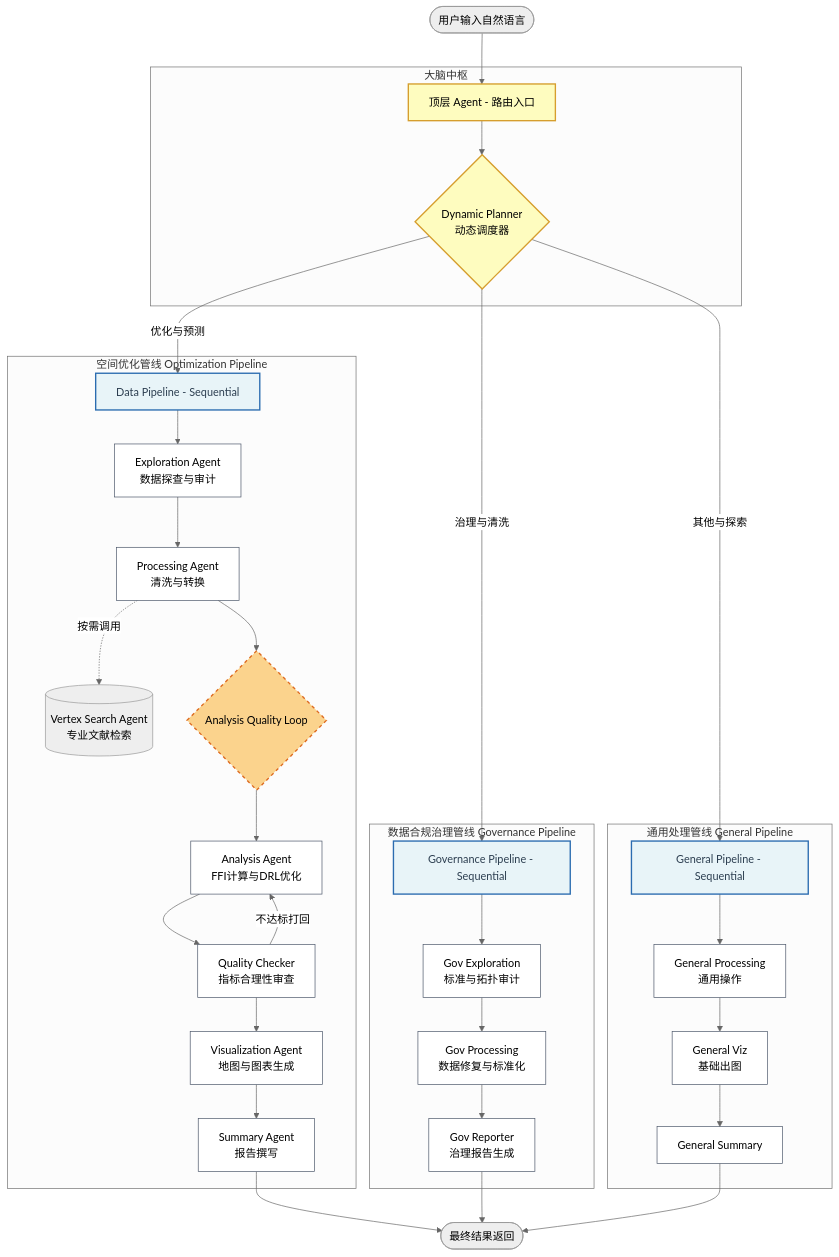
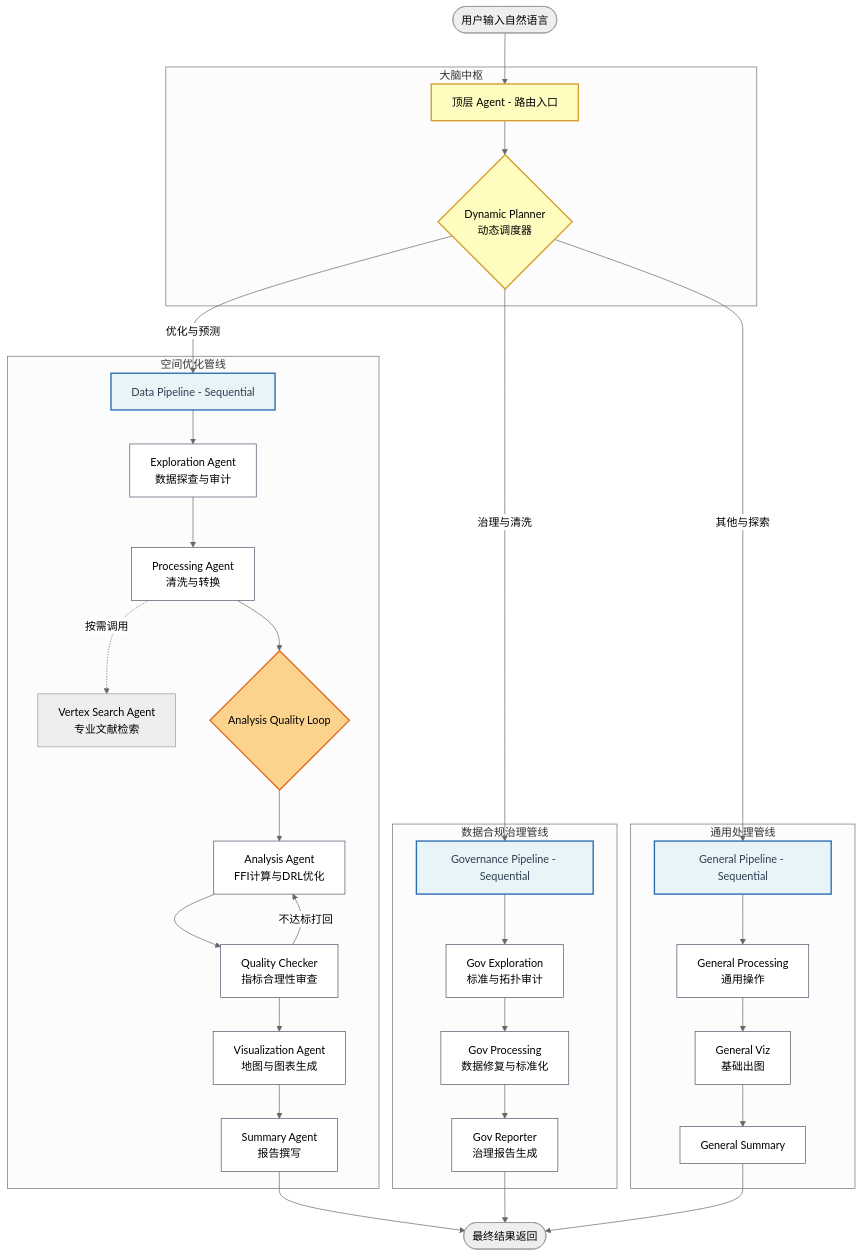
Before and after one commit to zhouning/gisdataagent: the diagram in README.md, drawn with Mermaid (neutral theme). The commit also changed 1 other file, not shown here.

Commit message:
fix(docs): fix mermaid rendering — use <br/> and quote edge labels
- Replace \n with <br/> for line breaks in node labels
- Quote all Chinese edge labels: --"text"-->
- Quote dotted edge labels: -."text".->
- Remove stroke-dasharray from classDef (unsupported)
- Replace cylindrical [("text")] with standard ["text"]

````diff
--- a/README.md
+++ b/README.md
@@ -62,64 +62,64 @@
 ```mermaid
 graph TD
     User(["用户输入自然语言"]) --> Root
 
     subgraph Brain ["大脑中枢"]
         Root["顶层 Agent - 路由入口"]
-        Planner{"Dynamic Planner\n动态调度器"}
+        Planner{"Dynamic Planner<br/>动态调度器"}
         Root --> Planner
     end
 
-    subgraph Opt ["空间优化管线 Optimization Pipeline"]
+    subgraph Opt ["空间优化管线"]
         Opt_Pipeline["Data Pipeline - Sequential"]
-        Exp1["Exploration Agent\n数据探查与审计"]
-        Proc1["Processing Agent\n清洗与转换"]
-        Knowledge[("Vertex Search Agent\n专业文献检索")]
+        Exp1["Exploration Agent<br/>数据探查与审计"]
+        Proc1["Processing Agent<br/>清洗与转换"]
+        Knowledge["Vertex Search Agent<br/>专业文献检索"]
         Ana_Loop{"Analysis Quality Loop"}
-        Ana1["Analysis Agent\nFFI计算与DRL优化"]
-        QC["Quality Checker\n指标合理性审查"]
-        Viz1["Visualization Agent\n地图与图表生成"]
-        Sum1["Summary Agent\n报告撰写"]
+        Ana1["Analysis Agent<br/>FFI计算与DRL优化"]
+        QC["Quality Checker<br/>指标合理性审查"]
+        Viz1["Visualization Agent<br/>地图与图表生成"]
+        Sum1["Summary Agent<br/>报告撰写"]
 
         Opt_Pipeline --> Exp1 --> Proc1
-        Proc1 -.按需调用.-> Knowledge
+        Proc1 -."按需调用".-> Knowledge
         Proc1 --> Ana_Loop --> Ana1 --> QC
-        QC --不达标打回--> Ana1
+        QC --"不达标打回"--> Ana1
         QC --> Viz1 --> Sum1
     end
 
-    subgraph Gov ["数据合规治理管线 Governance Pipeline"]
+    subgraph Gov ["数据合规治理管线"]
         Gov_Pipeline["Governance Pipeline - Sequential"]
-        Exp2["Gov Exploration\n标准与拓扑审计"]
-        Proc2["Gov Processing\n数据修复与标准化"]
-        Rep2["Gov Reporter\n治理报告生成"]
+        Exp2["Gov Exploration<br/>标准与拓扑审计"]
+        Proc2["Gov Processing<br/>数据修复与标准化"]
+        Rep2["Gov Reporter<br/>治理报告生成"]
 
         Gov_Pipeline --> Exp2 --> Proc2 --> Rep2
     end
 
-    subgraph Gen ["通用处理管线 General Pipeline"]
+    subgraph Gen ["通用处理管线"]
         Gen_Pipeline["General Pipeline - Sequential"]
-        Proc3["General Processing\n通用操作"]
-        Viz3["General Viz\n基础出图"]
+        Proc3["General Processing<br/>通用操作"]
+        Viz3["General Viz<br/>基础出图"]
         Sum3["General Summary"]
 
         Gen_Pipeline --> Proc3 --> Viz3 --> Sum3
     end
 
-    Planner -- 优化与预测 --> Opt_Pipeline
-    Planner -- 治理与清洗 --> Gov_Pipeline
-    Planner -- 其他与探索 --> Gen_Pipeline
+    Planner --"优化与预测"--> Opt_Pipeline
+    Planner --"治理与清洗"--> Gov_Pipeline
+    Planner --"其他与探索"--> Gen_Pipeline
 
     Sum1 --> Output(["最终结果返回"])
     Rep2 --> Output
     Sum3 --> Output
 
     classDef pipeline fill:#e8f4f8,stroke:#2b6cb0,stroke-width:2px,color:#2c3e50
     classDef agent fill:#ffffff,stroke:#4a5568,stroke-width:1px
     classDef brain fill:#fefcbf,stroke:#d69e2e,stroke-width:2px
-    classDef loop fill:#fbd38d,stroke:#dd6b20,stroke-width:2px,stroke-dasharray: 5 5
+    classDef loop fill:#fbd38d,stroke:#dd6b20,stroke-width:2px
 
     class Opt_Pipeline,Gov_Pipeline,Gen_Pipeline pipeline
     class Exp1,Proc1,Ana1,QC,Viz1,Sum1,Exp2,Proc2,Rep2,Proc3,Viz3,Sum3 agent
     class Root,Planner brain
     class Ana_Loop loop
 ```
````
